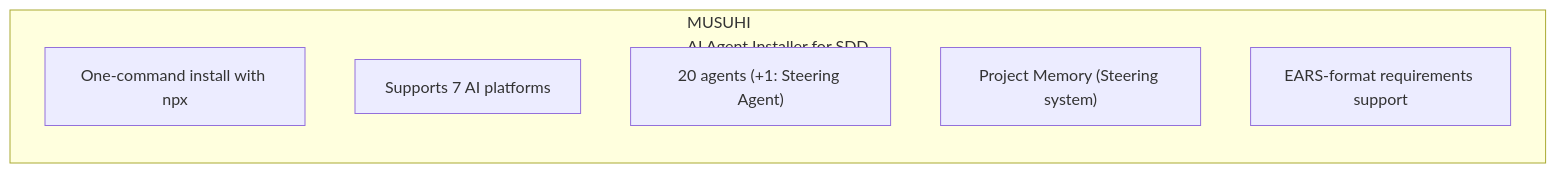
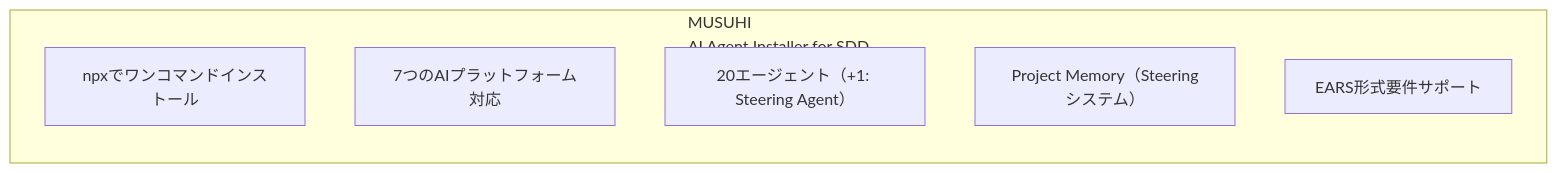
The second of 8 diagrams in docs/Qiita/MUSUBI-Complete-Evolution-History.md (Improve-To-Grow/MUSUBI), drawn with Mermaid before and after one commit. The commit also changed other lines of this file and 16 other files, not shown here.

````diff
--- a/docs/Qiita/MUSUBI-Complete-Evolution-History.md
+++ b/docs/Qiita/MUSUBI-Complete-Evolution-History.md
@@ -97,11 +97,11 @@
 ```mermaid
 flowchart TB
     subgraph MUSUHI["MUSUHI<br/>AI Agent Installer for SDD"]
         direction TB
-        E1["One-command install with npx"]
-        E2["Supports 7 AI platforms"]
-        E3["20 agents (+1: Steering Agent)"]
-        E4["Project Memory (Steering system)"]
-        E5["EARS-format requirements support"]
+        E1["npxでワンコマンドインストール"]
+        E2["7つのAIプラットフォーム対応"]
+        E3["20エージェント（+1: Steering Agent）"]
+        E4["Project Memory（Steeringシステム）"]
+        E5["EARS形式要件サポート"]
     end
 ```
````
